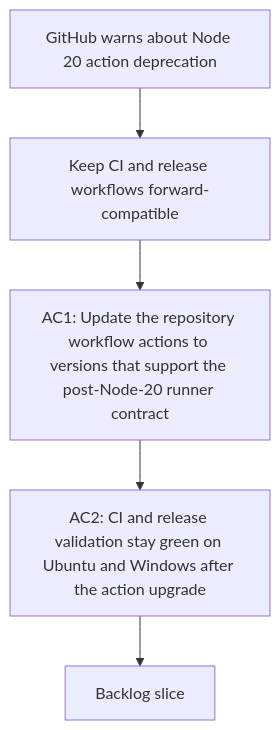
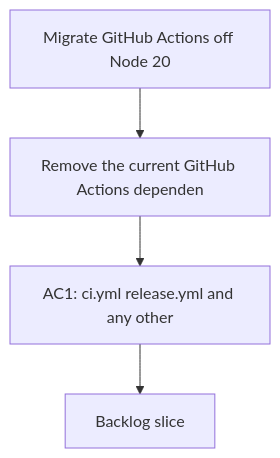
The diagram in logics/request/req_079_migrate_github_actions_off_node_20_before_runner_deprecation.md (AlexAgo83/logics-manager), drawn with Mermaid before and after one commit. The commit also changed other lines of this file and 481 other files, not shown here.

````diff
--- a/logics/request/req_079_migrate_github_actions_off_node_20_before_runner_deprecation.md
+++ b/logics/request/req_079_migrate_github_actions_off_node_20_before_runner_deprecation.md
@@ -20,9 +20,8 @@
 ```mermaid
 %% logics-kind: request
 %% logics-signature: request|migrate-github-actions-off-node-20-befor|remove-the-current-github-actions-depend|ac1-ci-yml-release-yml-and-any-other
 flowchart TD
-    Trigger[GitHub warns about Node 20 action deprecation] --> Need[Keep CI and release workflows forward-compatible]
-    Need --> AC1[AC1: Update the repository workflow actions to versions that support the post-Node-20 runner contract]
-    AC1 --> AC2[AC2: CI and release validation stay green on Ubuntu and Windows after the action upgrade]
-    AC2 --> Backlog[Backlog slice]
+    Trigger[Migrate GitHub Actions off Node 20] --> Need[Remove the current GitHub Actions dependen]
+    Need --> Outcome[AC1: ci.yml release.yml and any other]
+    Outcome --> Backlog[Backlog slice]
 ```
````
